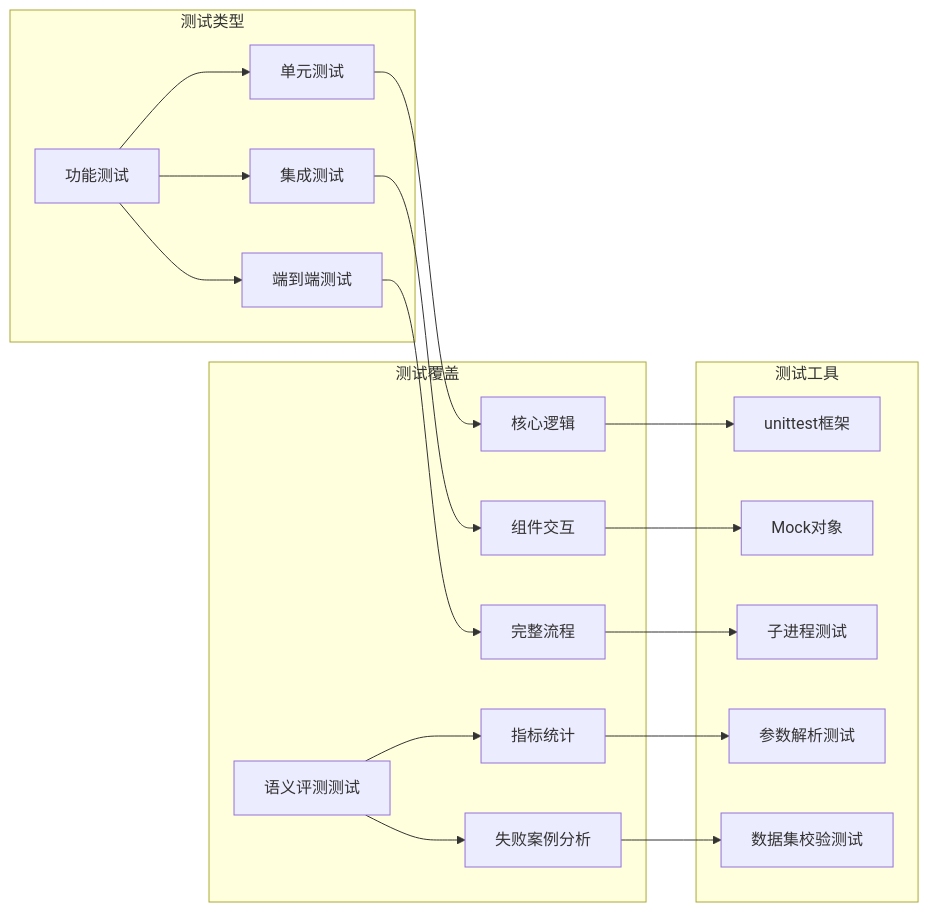
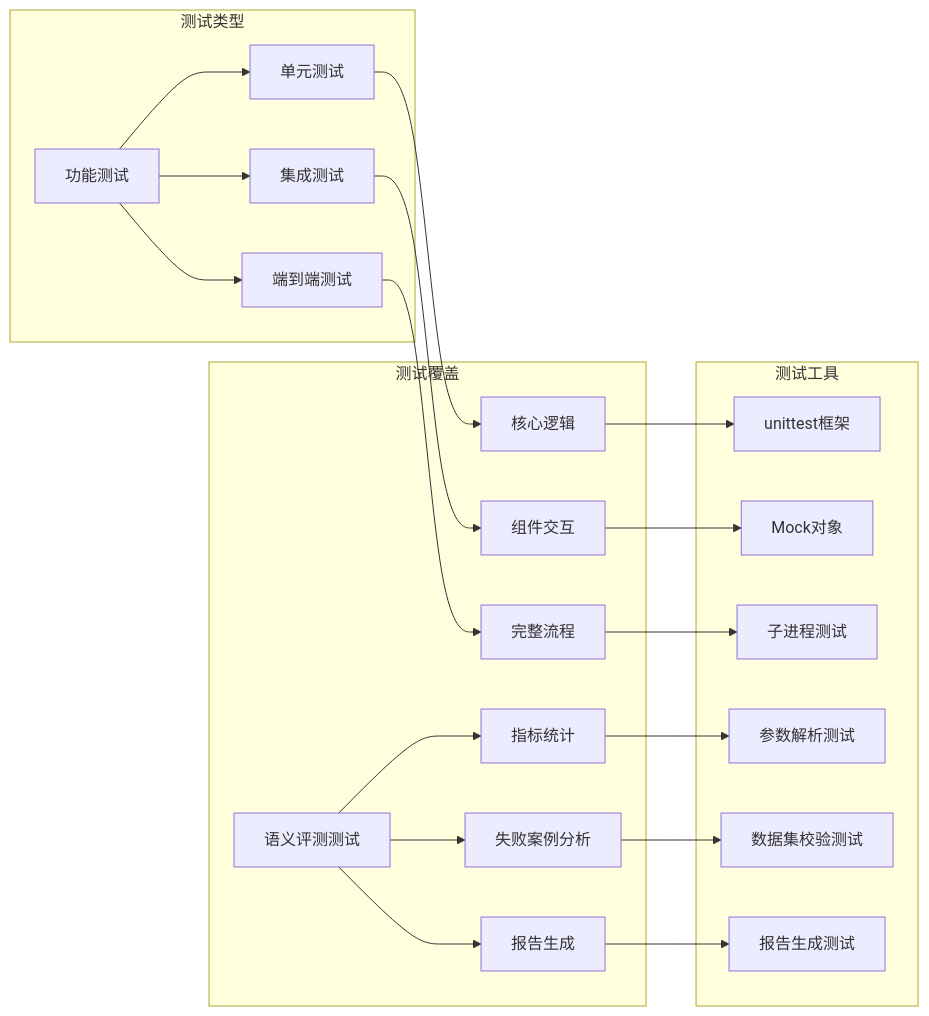
One commit to Moon-Force/DouYin_llm changed the eighth of 10 diagrams in .qoder/repowiki/zh/content/后端服务/内存管理系统/内存管道验证器/内存管道验证器.md. Above: the diagram before and after it, drawn with Mermaid. The commit also changed other lines of this file and 35 other files, not shown here.

````diff
--- a/.qoder/repowiki/zh/content/后端服务/内存管理系统/内存管道验证器/内存管道验证器.md
+++ b/.qoder/repowiki/zh/content/后端服务/内存管理系统/内存管道验证器/内存管道验证器.md
@@ -435,27 +467,30 @@
 ```mermaid
 graph LR
 subgraph "测试类型"
 A[功能测试] --> B[单元测试]
 A --> C[集成测试]
 A --> D[端到端测试]
 end
 subgraph "测试覆盖"
 B --> E[核心逻辑]
 C --> F[组件交互]
 D --> G[完整流程]
 H[语义评测测试] --> I[指标统计]
 H --> J[失败案例分析]
+H --> K[报告生成]
 end
 subgraph "测试工具"
-K[unittest框架]
-L[Mock对象]
-M[子进程测试]
-N[参数解析测试]
-O[数据集校验测试]
+L[unittest框架]
+M[Mock对象]
+N[子进程测试]
+O[参数解析测试]
+P[数据集校验测试]
+Q[报告生成测试]
 end
-E --> K
-F --> L
-G --> M
-I --> N
-J --> O
+E --> L
+F --> M
+G --> N
+I --> O
+J --> P
+K --> Q
 ```
````
